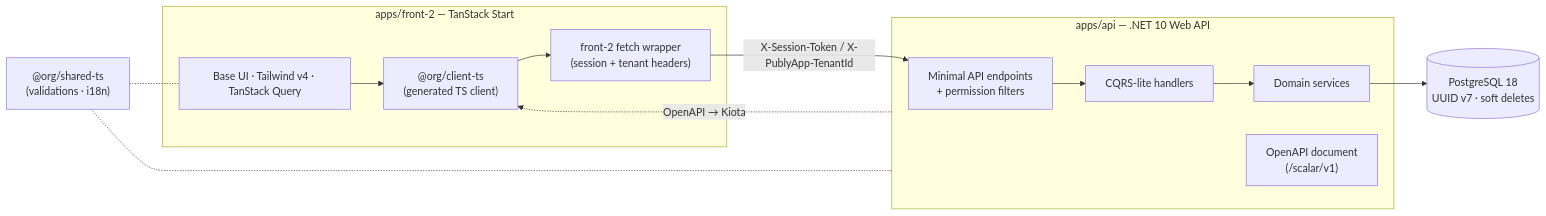
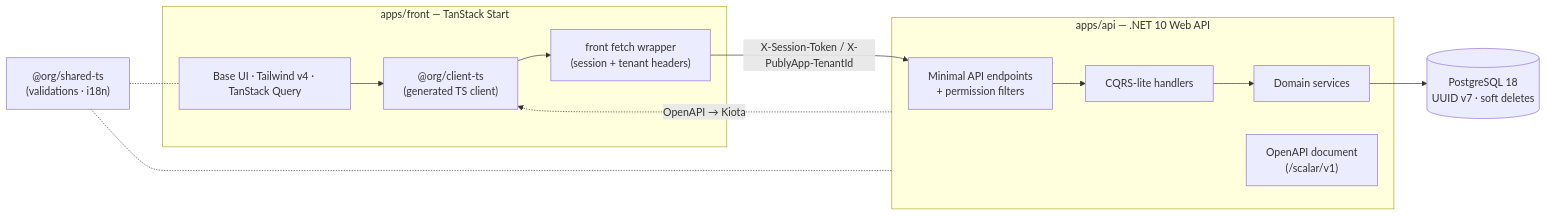
Before and after one commit to PublyApp/publyapp: the first of 2 diagrams in README.md, drawn with Mermaid. The commit also changed other lines of this file and 34 other files, not shown here.

````diff
--- a/README.md
+++ b/README.md
@@ -91,24 +91,24 @@
 ```mermaid
 flowchart LR
-    subgraph Client["apps/front-2 — TanStack Start"]
+    subgraph Client["apps/front — TanStack Start"]
         UI["Base UI · Tailwind v4 · TanStack Query"]
         TSClient["@org/client-ts\n(generated TS client)"]
-        FetchWrapper["front-2 fetch wrapper\n(session + tenant headers)"]
+        FetchWrapper["front fetch wrapper\n(session + tenant headers)"]
     end
 
     subgraph Server["apps/api — .NET 10 Web API"]
         Endpoints["Minimal API endpoints\n+ permission filters"]
         Handlers["CQRS-lite handlers"]
         Services["Domain services"]
         OpenAPI["OpenAPI document\n(/scalar/v1)"]
     end
 
     DB[("PostgreSQL 18\nUUID v7 · soft deletes")]
     Shared["@org/shared-ts\n(validations · i18n)"]
 
     UI --> TSClient --> FetchWrapper -->|X-Session-Token / X-PublyApp-TenantId| Endpoints
     Endpoints --> Handlers --> Services --> DB
     Server -.->|OpenAPI → Kiota| TSClient
     Shared -.- UI
     Shared -.- Server
 ```
````
